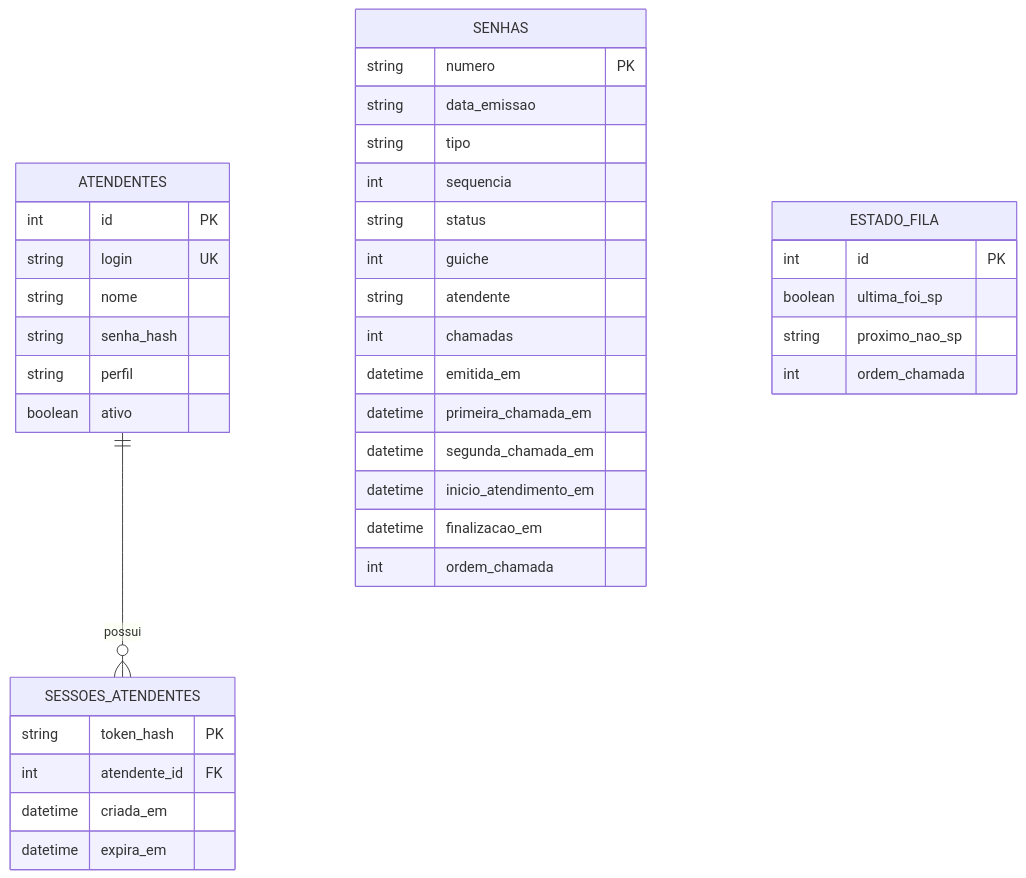
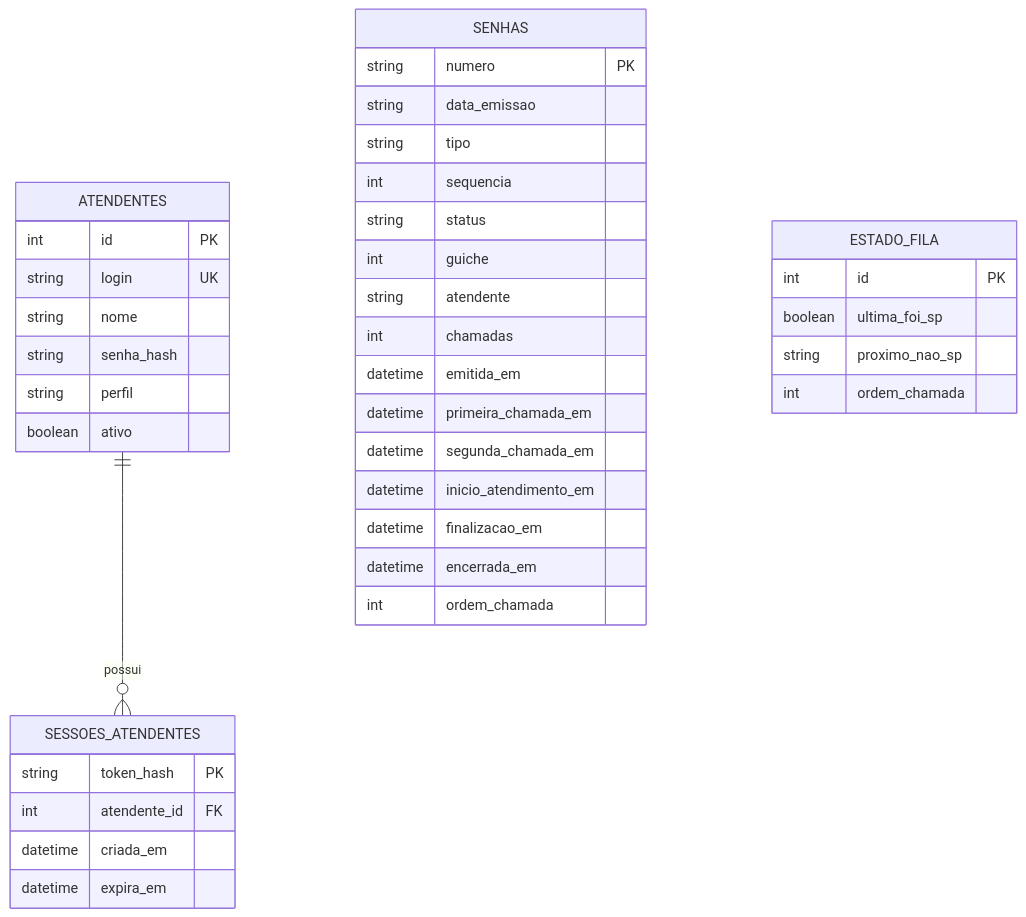
Before and after one commit to kauamarkkes/nassauTickets: the diagram in docs/mer/README.md, drawn with Mermaid. The commit also changed other lines of this file and 7 other files, not shown here.

````diff
--- a/docs/mer/README.md
+++ b/docs/mer/README.md
@@ -5,40 +5,41 @@
 ```mermaid
 erDiagram
     ATENDENTES ||--o{ SESSOES_ATENDENTES : possui
     ATENDENTES {
         int id PK
         string login UK
         string nome
         string senha_hash
         string perfil
         boolean ativo
     }
     SESSOES_ATENDENTES {
         string token_hash PK
         int atendente_id FK
         datetime criada_em
         datetime expira_em
     }
     SENHAS {
         string numero PK
         string data_emissao
         string tipo
         int sequencia
         string status
         int guiche
         string atendente
         int chamadas
         datetime emitida_em
         datetime primeira_chamada_em
         datetime segunda_chamada_em
         datetime inicio_atendimento_em
         datetime finalizacao_em
+        datetime encerrada_em
         int ordem_chamada
     }
     ESTADO_FILA {
         int id PK
         boolean ultima_foi_sp
         string proximo_nao_sp
         int ordem_chamada
     }
 ```
````
